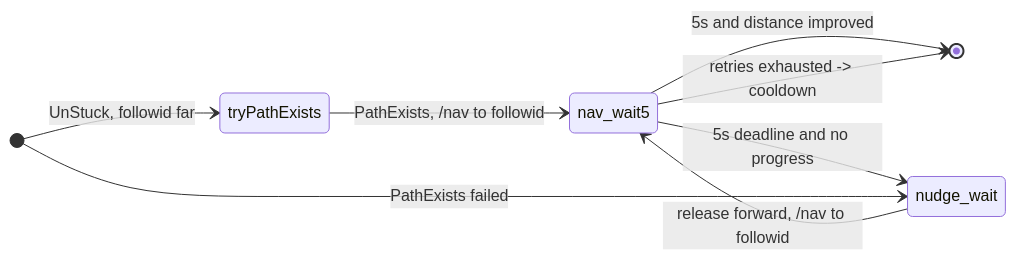
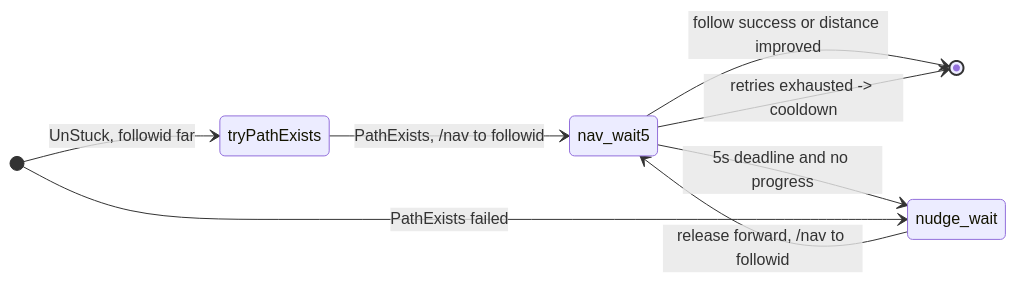
The second of 3 diagrams in docs/botlogic/movement-and-misc.md (Cezero/czbot), drawn with Mermaid before and after one commit. The commit also changed other lines of this file and 3 other files, not shown here.

````diff
--- a/docs/botlogic/movement-and-misc.md
+++ b/docs/botlogic/movement-and-misc.md
@@ -38,11 +38,11 @@
 ```mermaid
 stateDiagram-v2
     direction LR
     [*] --> tryPathExists: UnStuck, followid far
     tryPathExists --> nav_wait5: PathExists, /nav to followid
-    nav_wait5 --> [*]: 5s and distance improved
+    nav_wait5 --> [*]: follow success or distance improved
     nav_wait5 --> nudge_wait: 5s deadline and no progress
     nudge_wait --> nav_wait5: release forward, /nav to followid
     nav_wait5 --> [*]: retries exhausted -> cooldown
     [*] --> nudge_wait: PathExists failed
 ```
````
